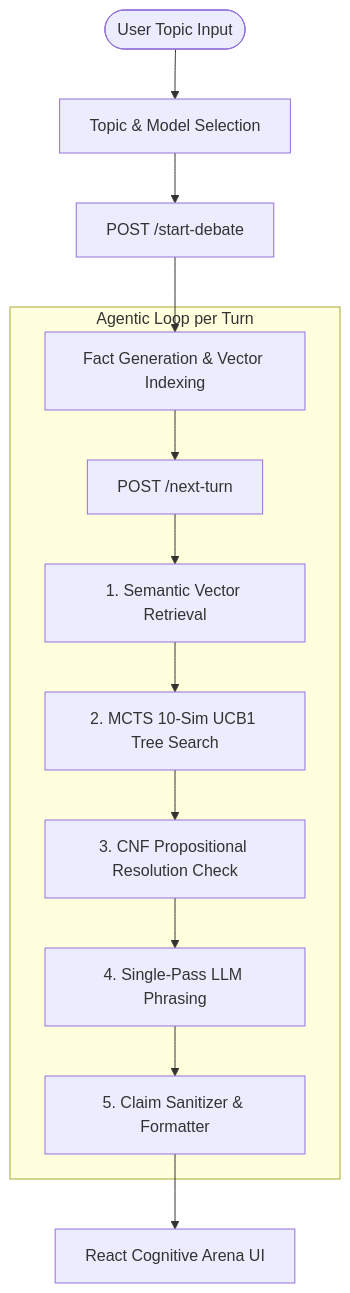
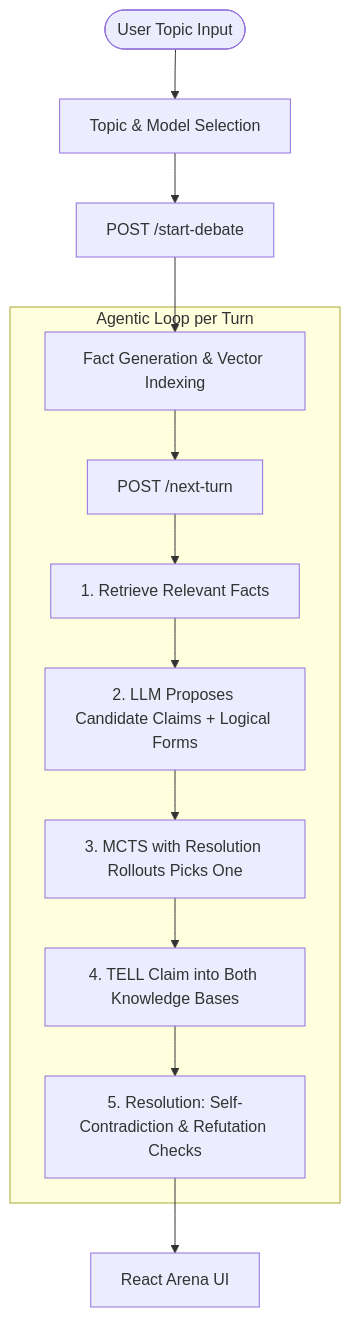
The diagram in README.md (AdhithyaSivaraj/Agentic-Debate-Prep-Arena-Using-MCTS), drawn with Mermaid before and after one commit. The commit also changed other lines of this file and 54 other files, not shown here.

````diff
--- a/README.md
+++ b/README.md
@@ -28,17 +28,17 @@
 ```mermaid
 graph TD
     User([User Topic Input]) --> Setup[Topic & Model Selection]
     Setup --> StartDebate[POST /start-debate]
     StartDebate --> FactGen[Fact Generation & Vector Indexing]
     
     subgraph Agentic Loop per Turn
         FactGen --> TurnReq[POST /next-turn]
-        TurnReq --> Retrieval[1. Semantic Vector Retrieval]
-        Retrieval --> MCTS[2. MCTS 10-Sim UCB1 Tree Search]
-        MCTS --> Resolution[3. CNF Propositional Resolution Check]
-        Resolution --> SinglePass[4. Single-Pass LLM Phrasing]
-        SinglePass --> Sanitizer[5. Claim Sanitizer & Formatter]
+        TurnReq --> Retrieval[1. Retrieve Relevant Facts]
+        Retrieval --> Propose[2. LLM Proposes Candidate Claims + Logical Forms]
+        Propose --> MCTS[3. MCTS with Resolution Rollouts Picks One]
+        MCTS --> Tell[4. TELL Claim into Both Knowledge Bases]
+        Tell --> Resolution[5. Resolution: Self-Contradiction & Refutation Checks]
     end
     
-    Sanitizer --> UI[React Cognitive Arena UI]
+    Resolution --> UI[React Arena UI]
 ```
````
